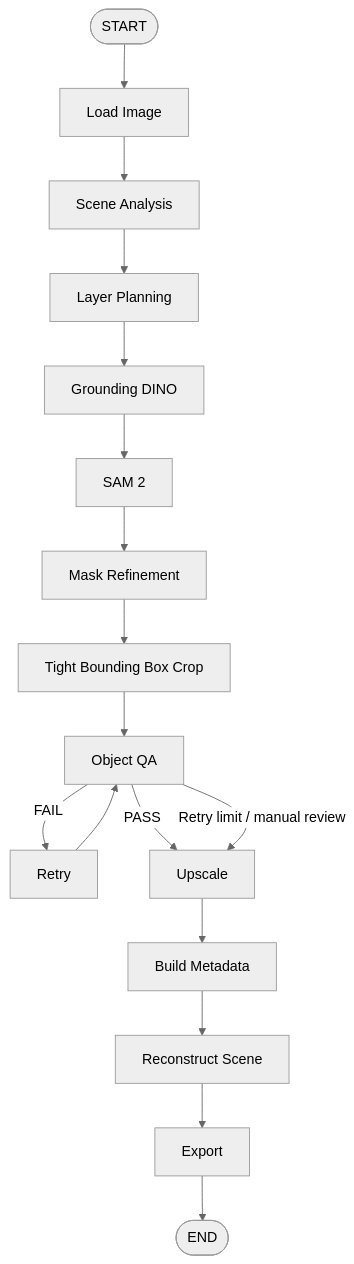
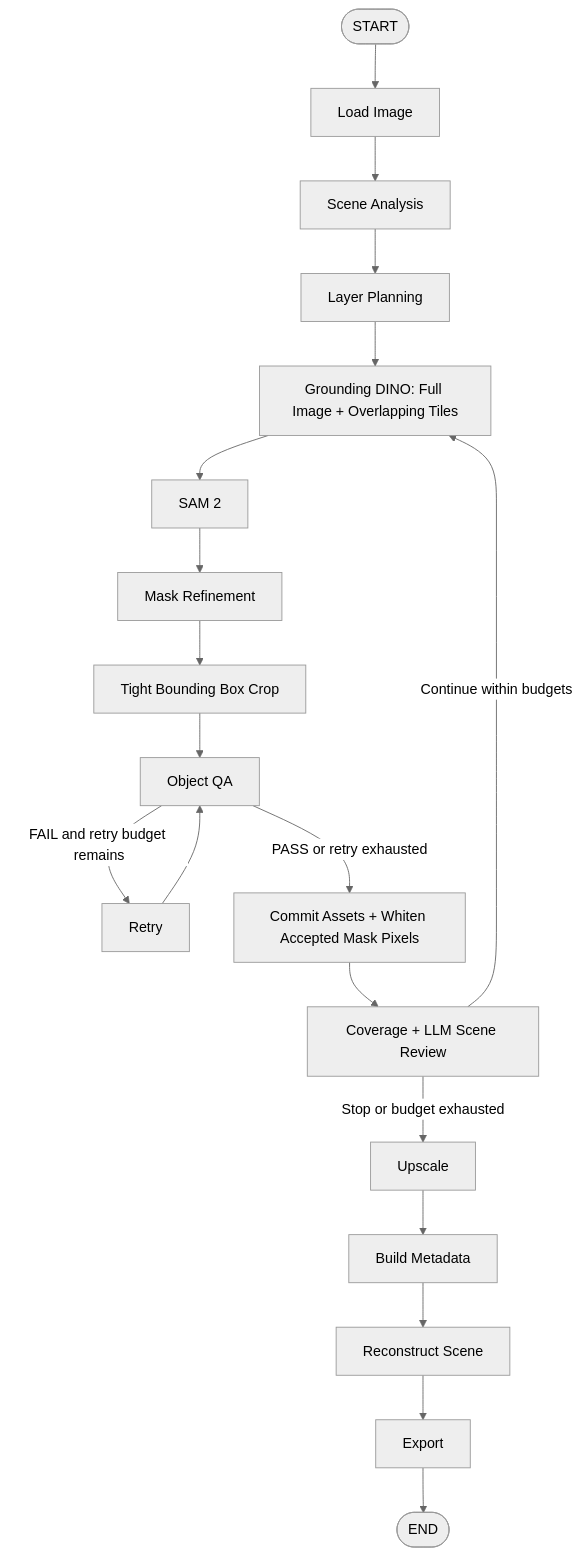
One commit to 1679712850/game-image-reconstruction-pipeline changed the first of 2 diagrams in README.md. Above: the diagram before and after it, drawn with Mermaid (neutral theme). The commit also changed other lines of this file and 35 other files, not shown here.

Commit message:
feat: add iterative scene detection and vision review

````diff
--- a/README.md
+++ b/README.md
@@ -63,34 +64,38 @@
 ```mermaid
 flowchart TD
     START([START])
     LOAD[Load Image]
     ANALYZE[Scene Analysis]
     PLAN[Layer Planning]
-    DETECT[Grounding DINO]
+    DETECT[Grounding DINO: Full Image + Overlapping Tiles]
     SEGMENT[SAM 2]
     REFINE[Mask Refinement]
     CROP[Tight Bounding Box Crop]
     QA[Object QA]
     RETRY[Retry]
+    REMAIN[Commit Assets + Whiten Accepted Mask Pixels]
+    SCENE_QA[Coverage + LLM Scene Review]
     UPSCALE[Upscale]
     META[Build Metadata]
     REBUILD[Reconstruct Scene]
     EXPORT[Export]
     END([END])
     START --> LOAD
     LOAD --> ANALYZE
     ANALYZE --> PLAN
     PLAN --> DETECT
     DETECT --> SEGMENT
     SEGMENT --> REFINE
     REFINE --> CROP
     CROP --> QA
-    QA -->|PASS| UPSCALE
-    QA -->|FAIL| RETRY
+    QA -->|PASS or retry exhausted| REMAIN
+    QA -->|FAIL and retry budget remains| RETRY
     RETRY --> QA
-    QA -->|Retry limit / manual review| UPSCALE
+    REMAIN --> SCENE_QA
+    SCENE_QA -->|Continue within budgets| DETECT
+    SCENE_QA -->|Stop or budget exhausted| UPSCALE
     UPSCALE --> META
     META --> REBUILD
     REBUILD --> EXPORT
     EXPORT --> END
 ```
````
